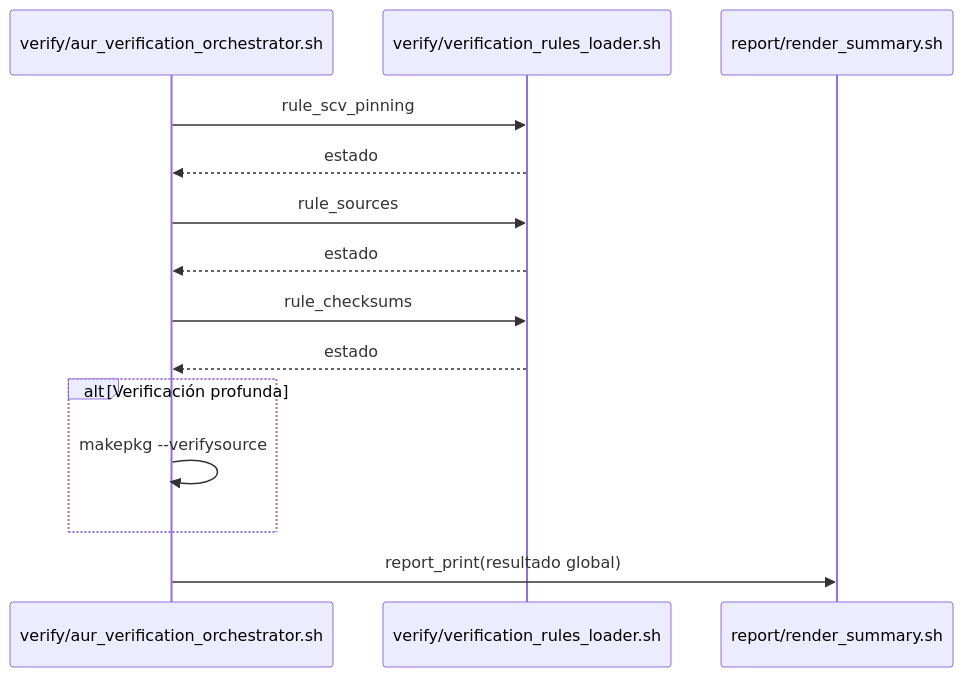
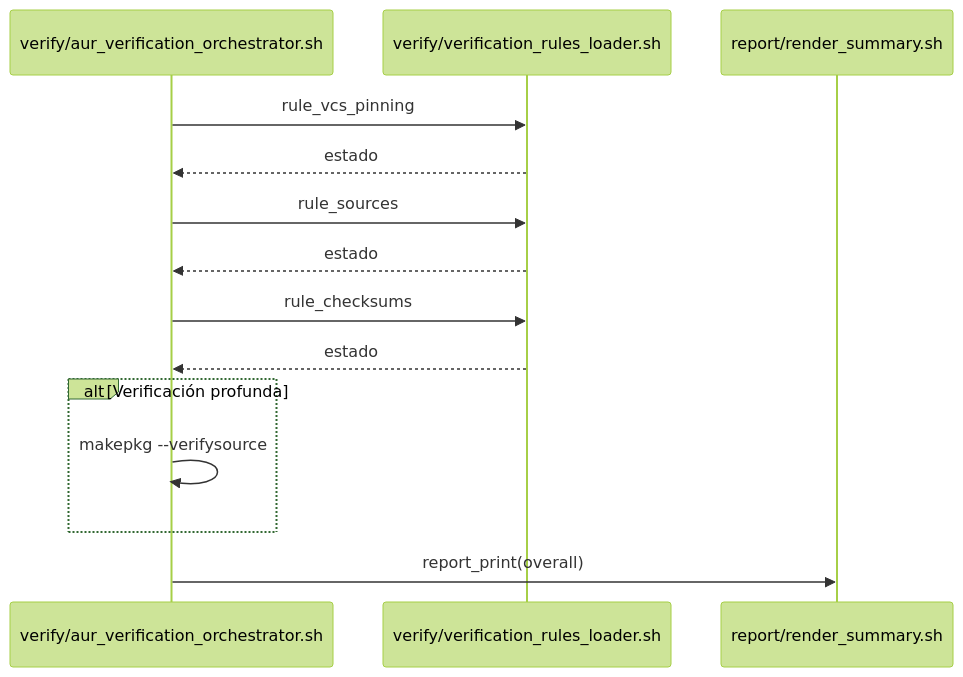
The sixth of 10 diagrams in docs/developer/README.dev.es.md (LuigiD5555/aur_scanner), drawn with Mermaid before and after one commit. The commit also changed other lines of this file and 2 other files, not shown here.

````diff
--- a/docs/developer/README.dev.es.md
+++ b/docs/developer/README.dev.es.md
@@ -222,16 +331,17 @@
 ```mermaid
+%%{init: {"theme": "forest", "handDrawn": true}}%%
 sequenceDiagram
     participant Runner as verify/aur_verification_orchestrator.sh
     participant Rules as verify/verification_rules_loader.sh
     participant Report as report/render_summary.sh
-    Runner->>Rules: rule_scv_pinning
+    Runner->>Rules: rule_vcs_pinning
     Rules-->>Runner: estado
     Runner->>Rules: rule_sources
     Rules-->>Runner: estado
     Runner->>Rules: rule_checksums
     Rules-->>Runner: estado
     alt Verificación profunda
         Runner->>Runner: makepkg --verifysource
     end
-    Runner->>Report: report_print(resultado global)
+    Runner->>Report: report_print(overall)
 ```
````
